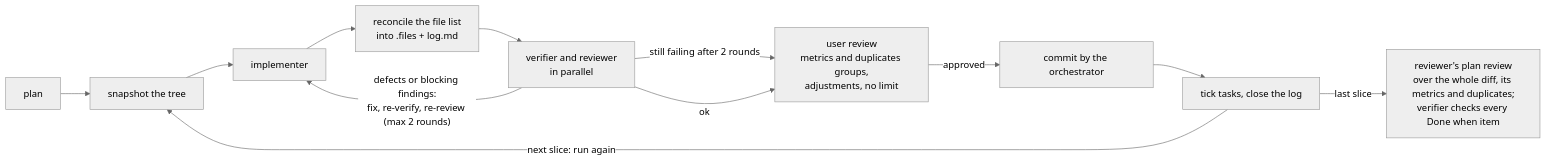
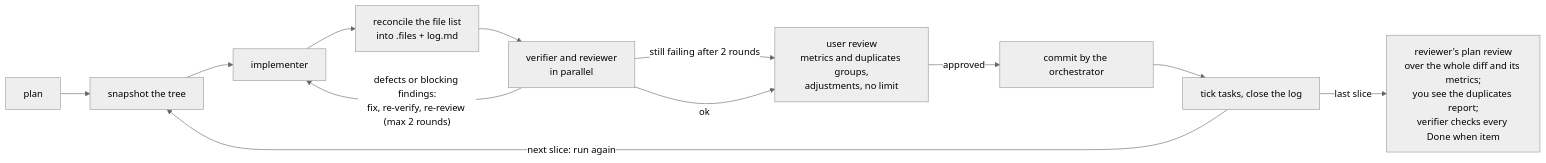
The second of 2 diagrams in docs/structure.md (felipearpa/belay), drawn with Mermaid (neutral theme) before and after one commit. The commit also changed other lines of this file and 8 other files, not shown here.

First line of the commit message:
Catch duplicated functions with doppel, plan review

````diff
--- a/docs/structure.md
+++ b/docs/structure.md
@@ -128,14 +128,14 @@
 ```mermaid
 flowchart LR
   P["plan"] --> S["snapshot the tree"]
   S --> I["implementer"]
   I --> R["reconcile the file list<br/>into .files + log.md"]
   R --> V["verifier and reviewer<br/>in parallel"]
   V -- "defects or blocking findings:<br/>fix, re-verify, re-review (max 2 rounds)" --> I
   V -- "still failing after 2 rounds" --> UR
   V -- "ok" --> UR["user review<br/>metrics and duplicates groups,<br/>adjustments, no limit"]
   UR -- "approved" --> C["commit by the orchestrator"]
   C --> T["tick tasks, close the log"]
   T -- "next slice: run again" --> S
-  T -- "last slice" --> PR["reviewer's plan review<br/>over the whole diff, its metrics and duplicates;<br/>verifier checks every Done when item"]
+  T -- "last slice" --> PR["reviewer's plan review<br/>over the whole diff and its metrics;<br/>you see the duplicates report;<br/>verifier checks every Done when item"]
 ```
````
